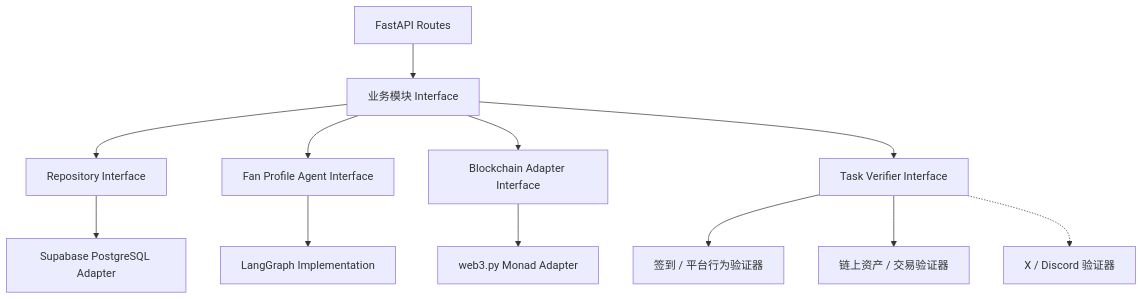
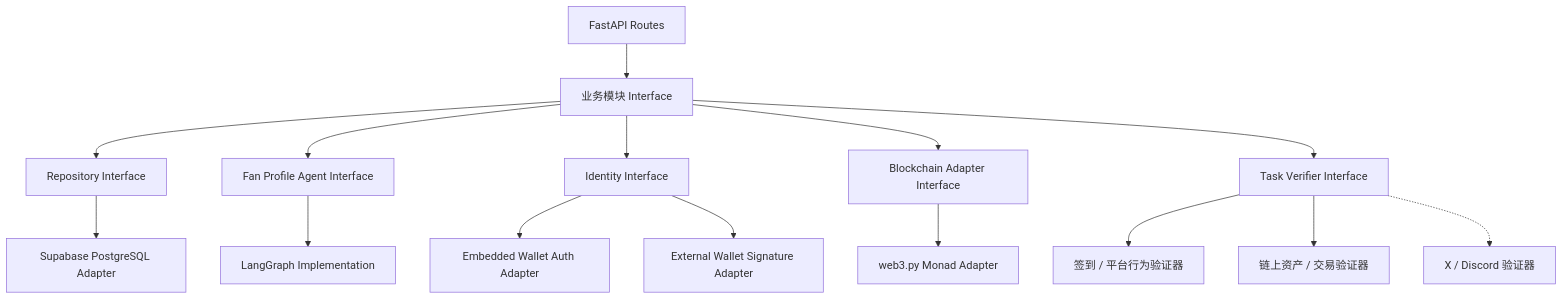
One commit to ouminghai/Fanora changed the third of 9 diagrams in docs/ARCHITECTURE.md. Above: the diagram before and after it, drawn with Mermaid. The commit also changed other lines of this file and 3 other files, not shown here.

````diff
--- a/docs/ARCHITECTURE.md
+++ b/docs/ARCHITECTURE.md
@@ -123,15 +168,18 @@
 ```mermaid
 flowchart TB
     ROUTES["FastAPI Routes"] --> SERVICES["业务模块 Interface"]
     SERVICES --> REPOS["Repository Interface"]
     SERVICES --> PROFILE["Fan Profile Agent Interface"]
+    SERVICES --> IDENTITY["Identity Interface"]
     SERVICES --> BLOCKCHAIN["Blockchain Adapter Interface"]
     SERVICES --> VERIFY["Task Verifier Interface"]
 
     REPOS --> POSTGRES["Supabase PostgreSQL Adapter"]
     PROFILE --> GRAPH["LangGraph Implementation"]
+    IDENTITY --> EMBEDDED_AUTH["Embedded Wallet Auth Adapter"]
+    IDENTITY --> WALLET_AUTH["External Wallet Signature Adapter"]
     BLOCKCHAIN --> WEB3["web3.py Monad Adapter"]
     VERIFY --> INTERNAL["签到 / 平台行为验证器"]
     VERIFY --> ONCHAIN["链上资产 / 交易验证器"]
     VERIFY -.-> SOCIAL["X / Discord 验证器"]
 ```
````
